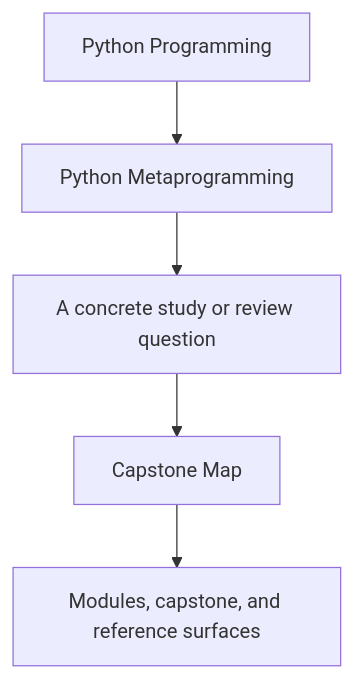
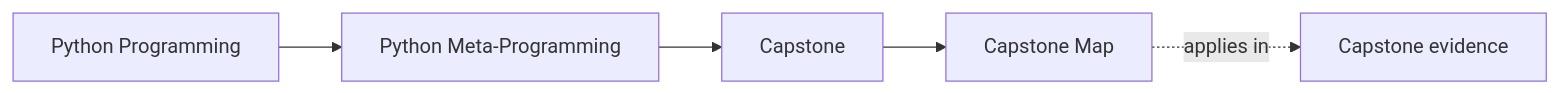
The first of 2 diagrams in programs/python-programming/python-meta-programming/course-book/capstone/capstone-map.md (bijux/bijux-masterclass), drawn with Mermaid before and after one commit. The commit also changed other lines of this file and 91 other files, not shown here.

Commit message:
docs(python-meta-programming): map advanced runtime and capstone surfaces

````diff
--- a/programs/python-programming/python-meta-programming/course-book/capstone/capstone-map.md
+++ b/programs/python-programming/python-meta-programming/course-book/capstone/capstone-map.md
@@ -6,7 +6,11 @@
 ```mermaid
-flowchart TD
-  family["Python Programming"] --> program["Python Metaprogramming"]
-  program --> pressure["A concrete study or review question"]
-  pressure --> guide["Capstone Map"]
-  guide --> next["Modules, capstone, and reference surfaces"]
+graph LR
+  family["Python Programming"]
+  program["Python Meta-Programming"]
+  section["Capstone"]
+  page["Capstone Map"]
+  capstone["Capstone evidence"]
+
+  family --> program --> section --> page
+  page -.applies in.-> capstone
 ```
````
